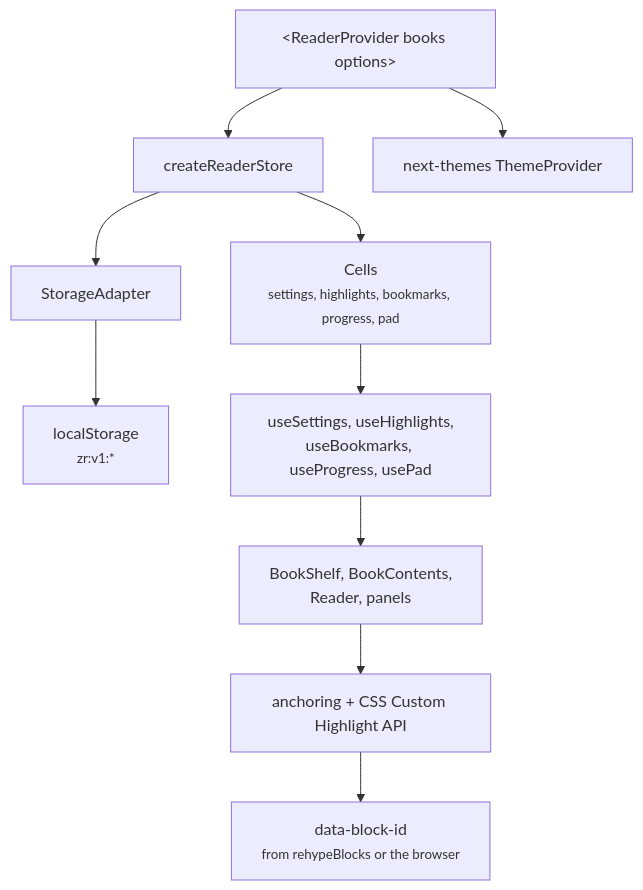
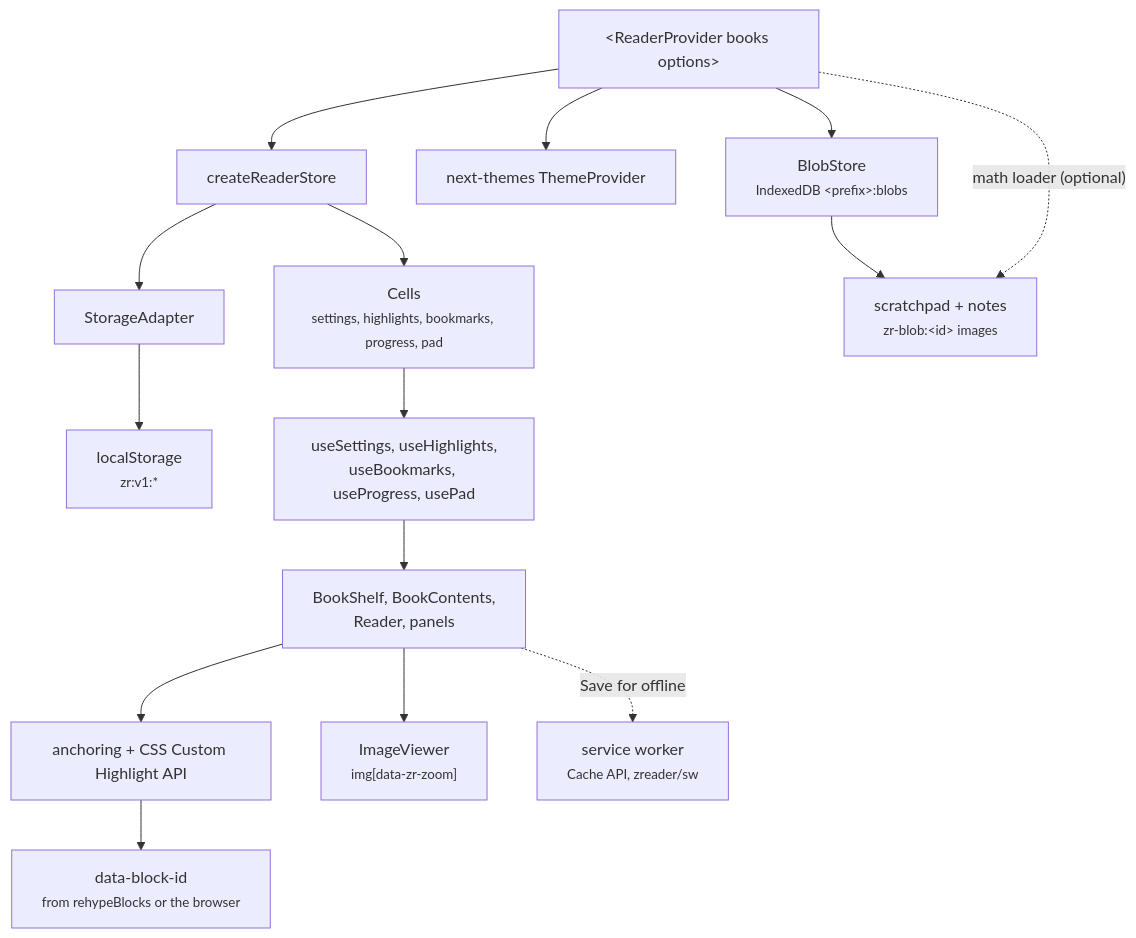
Before and after one commit to Alchemyst-ai/zreader: the sixth of 6 diagrams in docs/architecture.md, drawn with Mermaid. The commit also changed other lines of this file and 4 other files, not shown here.

````diff
--- a/docs/architecture.md
+++ b/docs/architecture.md
@@ -166,12 +196,17 @@
 ```mermaid
 graph TB
     provider["&lt;ReaderProvider books options&gt;"] --> store["createReaderStore"]
     provider --> theme["next-themes ThemeProvider"]
     store --> adapter["StorageAdapter"]
     adapter --> ls["localStorage<br/><small>zr:v1:*</small>"]
     store --> cells["Cells<br/><small>settings, highlights, bookmarks, progress, pad</small>"]
     cells --> hooks["useSettings, useHighlights,<br/>useBookmarks, useProgress, usePad"]
     hooks --> ui["BookShelf, BookContents,<br/>Reader, panels"]
     ui --> anchor["anchoring + CSS Custom Highlight API"]
     anchor --> blocks["data-block-id<br/><small>from rehypeBlocks or the browser</small>"]
+    provider --> blobs["BlobStore<br/><small>IndexedDB &lt;prefix&gt;:blobs</small>"]
+    blobs --> pad["scratchpad + notes<br/><small>zr-blob:&lt;id&gt; images</small>"]
+    provider -. "math loader (optional)" .-> pad
+    ui --> viewer["ImageViewer<br/><small>img[data-zr-zoom]</small>"]
+    ui -. "Save for offline" .-> swc["service worker<br/><small>Cache API, zreader/sw</small>"]
 ```
````
